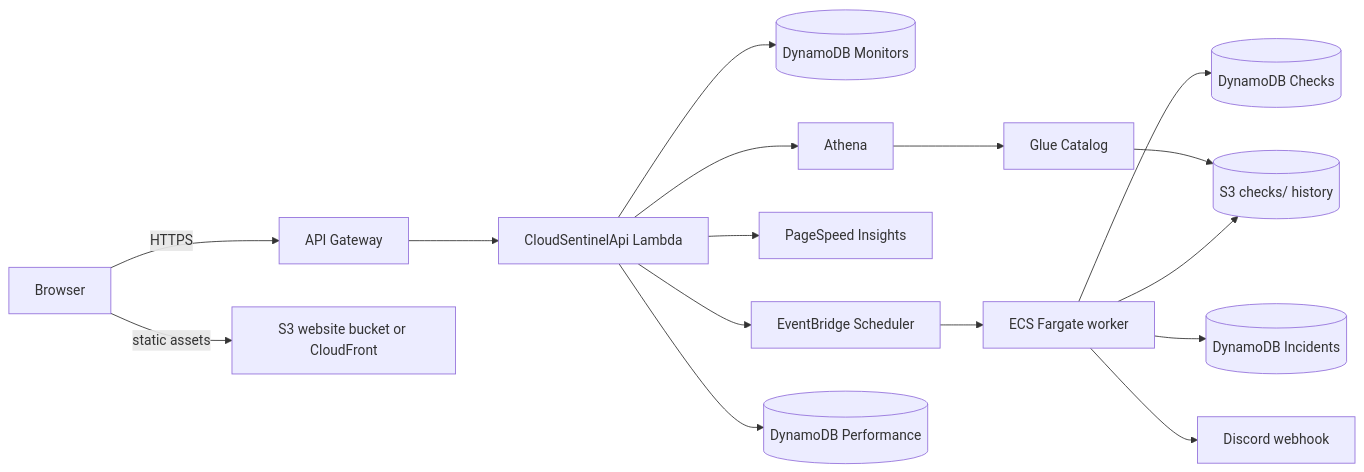
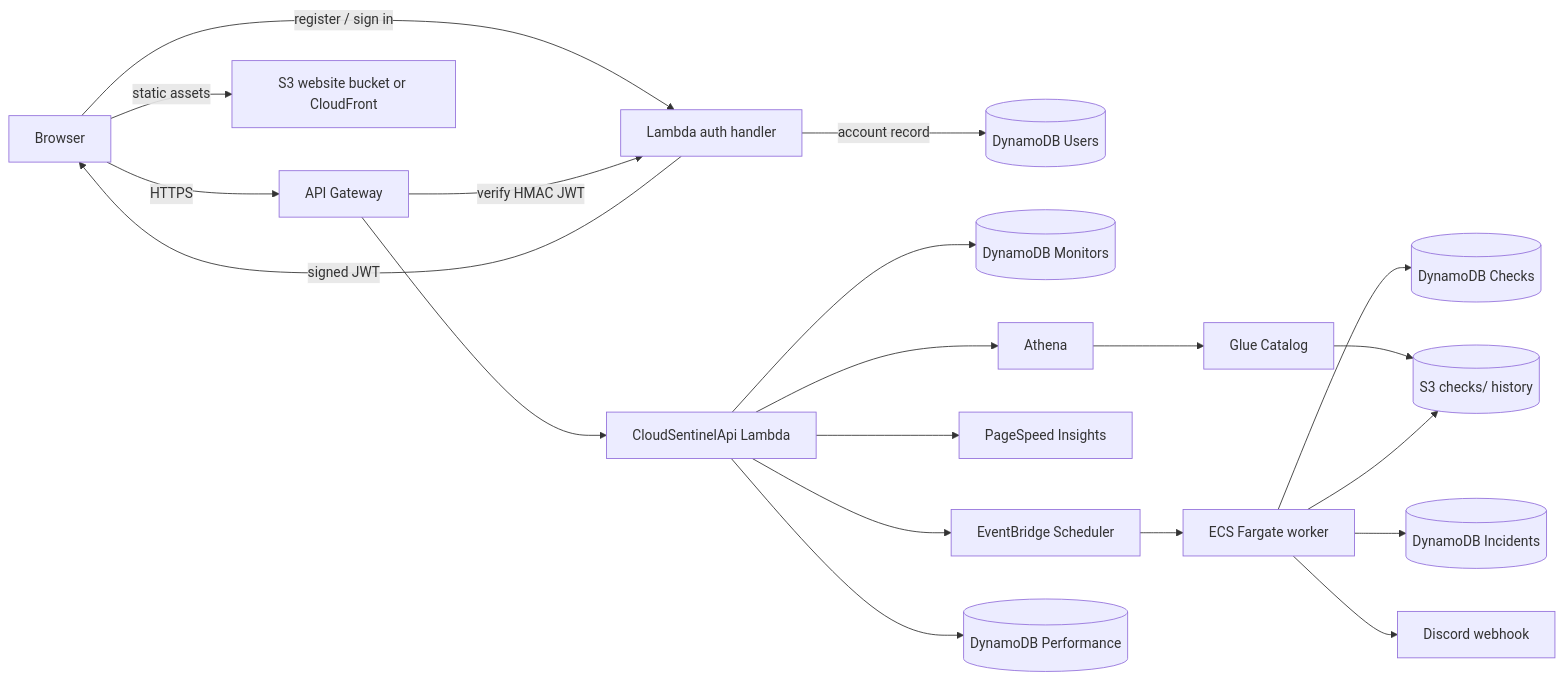
Before and after one commit to janoyjson/cloud-computing-asm3.1: the first of 2 diagrams in docs/ARCHITECTURE.md, drawn with Mermaid. The commit also changed other lines of this file and 34 other files, not shown here.

````diff
--- a/docs/ARCHITECTURE.md
+++ b/docs/ARCHITECTURE.md
@@ -19,18 +19,22 @@
 ```mermaid
 flowchart LR
   Browser -->|HTTPS| API[API Gateway]
+  Browser -->|register / sign in| Auth[Lambda auth handler]
+  Auth -->|account record| Users[(DynamoDB Users)]
+  Auth -->|signed JWT| Browser
+  API -->|verify HMAC JWT| Auth
   Browser -->|static assets| S3Web[S3 website bucket or CloudFront]
   API --> Lambda[CloudSentinelApi Lambda]
   Lambda --> Monitors[(DynamoDB Monitors)]
   Lambda --> Scheduler[EventBridge Scheduler]
   Scheduler --> ECS[ECS Fargate worker]
   Lambda --> PageSpeed[PageSpeed Insights]
   Lambda --> Athena[Athena]
   Athena --> Glue[Glue Catalog]
   Glue --> S3Checks[(S3 checks/ history)]
   ECS --> Checks[(DynamoDB Checks)]
   ECS --> S3Checks
   ECS --> Incidents[(DynamoDB Incidents)]
   ECS --> Discord[Discord webhook]
   Lambda --> Performance[(DynamoDB Performance)]
 ```
````
